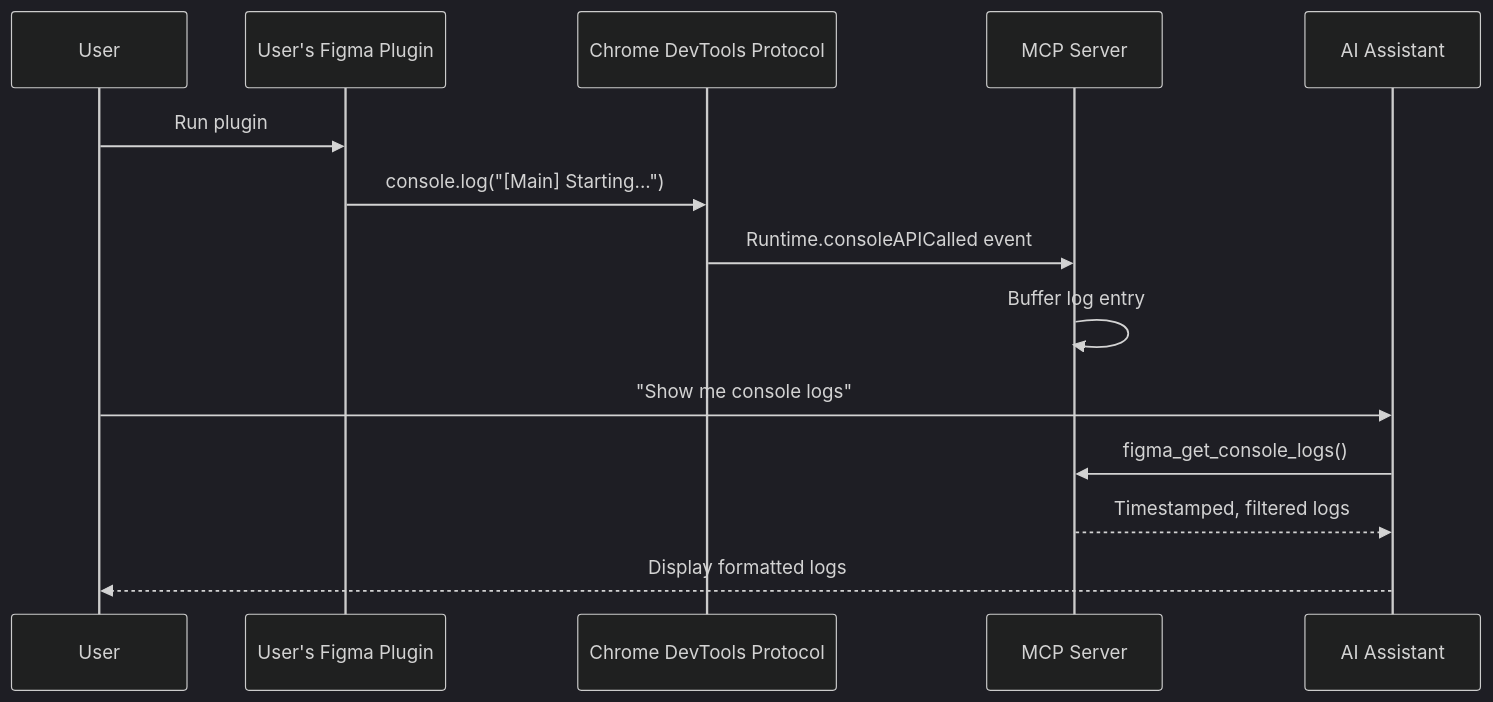
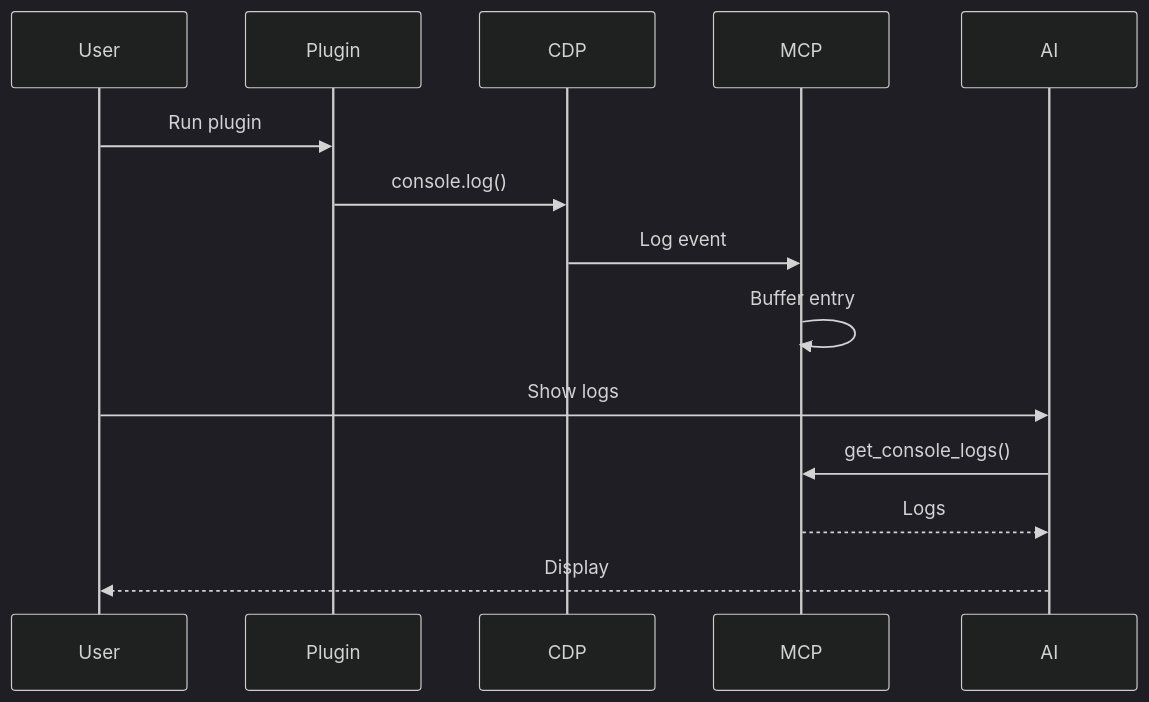
Before and after one commit to southleft/figma-console-mcp: the sixth of 6 diagrams in docs/architecture.md, drawn with Mermaid (dark theme). The commit also changed other lines of this file, not shown here.

First line of the commit message:
fix(docs): Optimize Mermaid charts for container width

````diff
--- a/docs/architecture.md
+++ b/docs/architecture.md
@@ -261,17 +234,17 @@
 ```mermaid
 sequenceDiagram
-    participant User
-    participant Plugin as User's Figma Plugin
-    participant CDP as Chrome DevTools Protocol
-    participant MCP as MCP Server
-    participant AI as AI Assistant
+    participant U as User
+    participant P as Plugin
+    participant C as CDP
+    participant M as MCP
+    participant A as AI
 
-    User->>Plugin: Run plugin
-    Plugin->>CDP: console.log("[Main] Starting...")
-    CDP->>MCP: Runtime.consoleAPICalled event
-    MCP->>MCP: Buffer log entry
-    User->>AI: "Show me console logs"
-    AI->>MCP: figma_get_console_logs()
-    MCP-->>AI: Timestamped, filtered logs
-    AI-->>User: Display formatted logs
+    U->>P: Run plugin
+    P->>C: console.log()
+    C->>M: Log event
+    M->>M: Buffer entry
+    U->>A: Show logs
+    A->>M: get_console_logs()
+    M-->>A: Logs
+    A-->>U: Display
 ```
````
